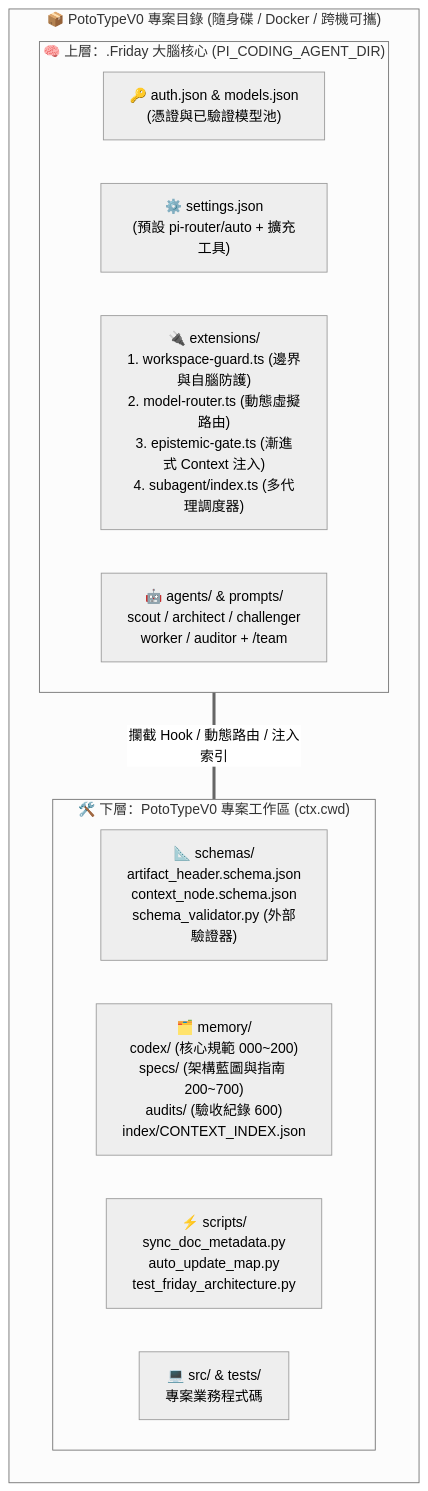
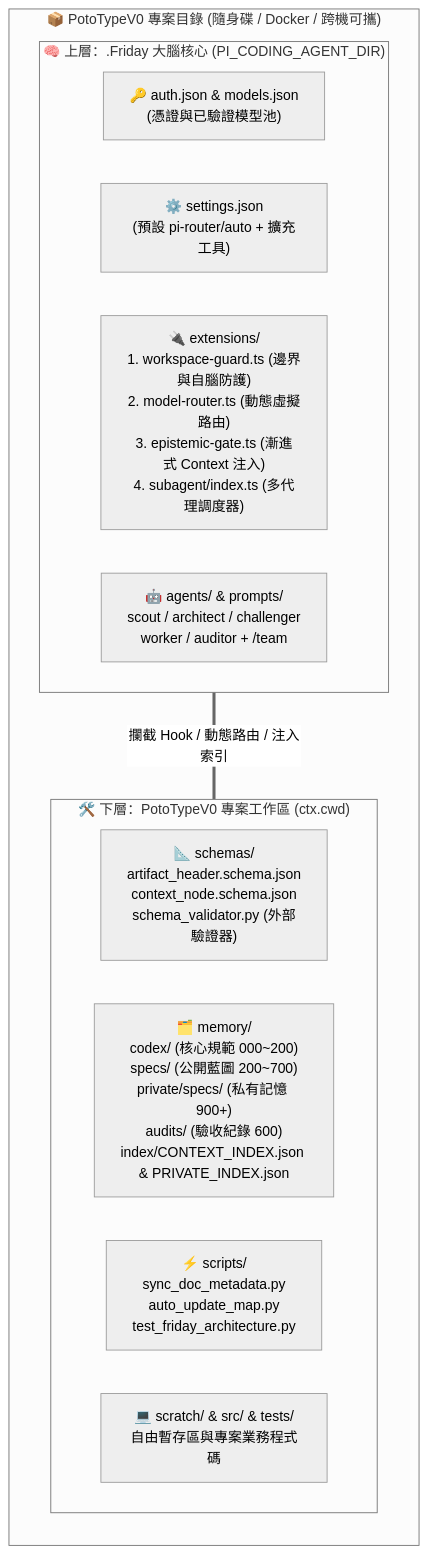
Before and after one commit to joinblue/pi-prism: the diagram in memory/specs/700_HARNESS_BLUEPRINT.md, drawn with Mermaid (neutral theme). The commit also changed other lines of this file and 24 other files, not shown here.

Commit message:
feat(harness-detax): orthogonalize SEC-DOC-GOVERNANCE, split public/private memory index, add in-process code specialist tools & subagent fallback chain

````diff
--- a/memory/specs/700_HARNESS_BLUEPRINT.md
+++ b/memory/specs/700_HARNESS_BLUEPRINT.md
@@ -71,23 +71,23 @@
 ```mermaid
 flowchart TB
     subgraph PortableProject["📦 PotoTypeV0 專案目錄 (隨身碟 / Docker / 跨機可攜)"]
         direction TB
         subgraph BrainLayer["🧠 上層：.Friday 大腦核心 (PI_CODING_AGENT_DIR)"]
             direction LR
             Auth["🔑 auth.json & models.json<br/>(憑證與已驗證模型池)"]
             Settings["⚙️ settings.json<br/>(預設 pi-router/auto + 擴充工具)"]
             Exts["🔌 extensions/<br/>1. workspace-guard.ts (邊界與自腦防護)<br/>2. model-router.ts (動態虛擬路由)<br/>3. epistemic-gate.ts (漸進式 Context 注入)<br/>4. subagent/index.ts (多代理調度器)"]
             Agents["🤖 agents/ & prompts/<br/>scout / architect / challenger<br/>worker / auditor + /team"]
         end
 
         subgraph WorkspaceLayer["🛠️ 下層：PotoTypeV0 專案工作區 (ctx.cwd)"]
             direction LR
             Schemas["📐 schemas/<br/>artifact_header.schema.json<br/>context_node.schema.json<br/>schema_validator.py (外部驗證器)"]
-            Memory["🗂️ memory/<br/>codex/ (核心規範 000~200)<br/>specs/ (架構藍圖與指南 200~700)<br/>audits/ (驗收紀錄 600)<br/>index/CONTEXT_INDEX.json"]
+            Memory["🗂️ memory/<br/>codex/ (核心規範 000~200)<br/>specs/ (公開藍圖 200~700)<br/>private/specs/ (私有記憶 900+)<br/>audits/ (驗收紀錄 600)<br/>index/CONTEXT_INDEX.json & PRIVATE_INDEX.json"]
             Scripts["⚡ scripts/<br/>sync_doc_metadata.py<br/>auto_update_map.py<br/>test_friday_architecture.py"]
-            Src["💻 src/ & tests/<br/>專案業務程式碼"]
+            Src["💻 scratch/ & src/ & tests/<br/>自由暫存區與專案業務程式碼"]
         end
     end
 
     BrainLayer ===|"攔截 Hook / 動態路由 / 注入索引"| WorkspaceLayer
 ```
````
